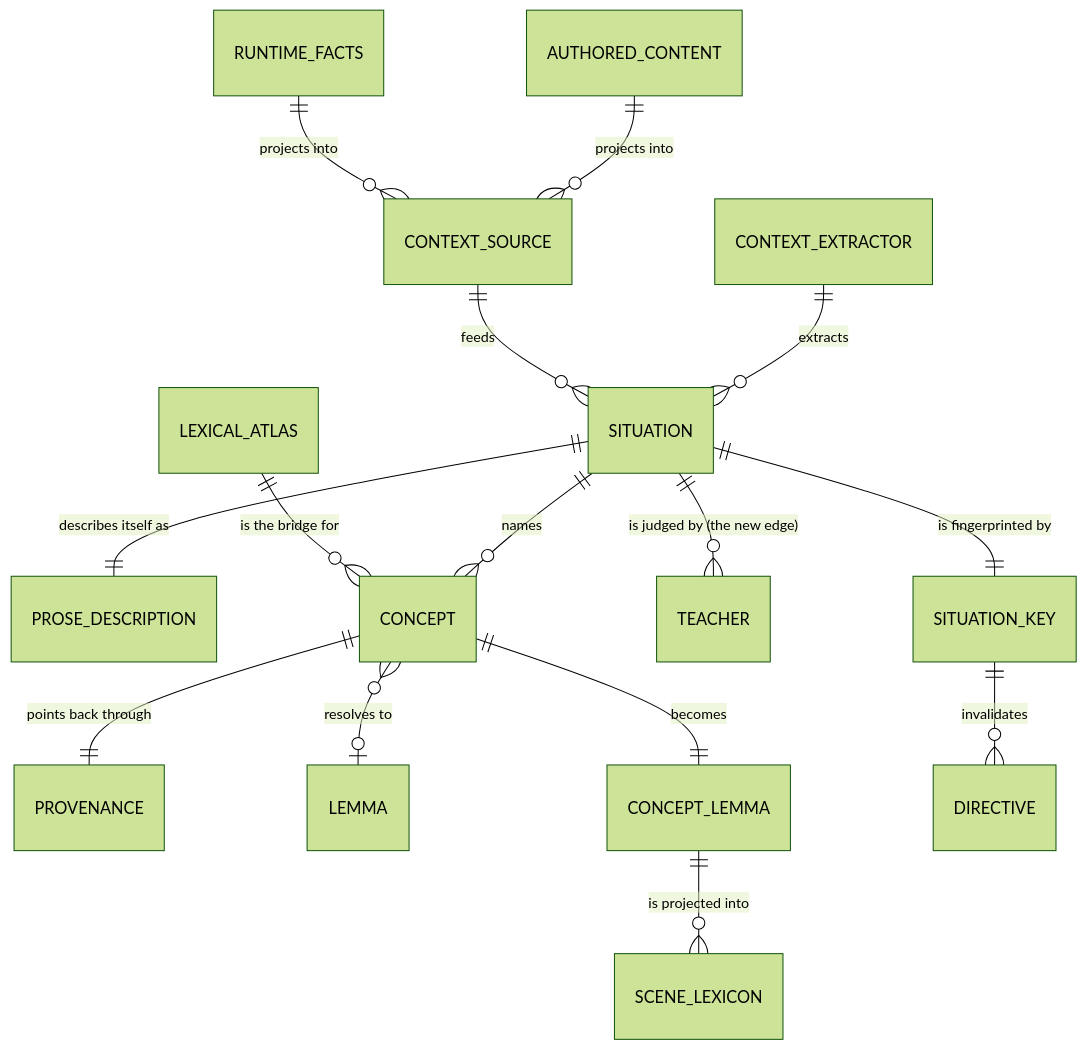
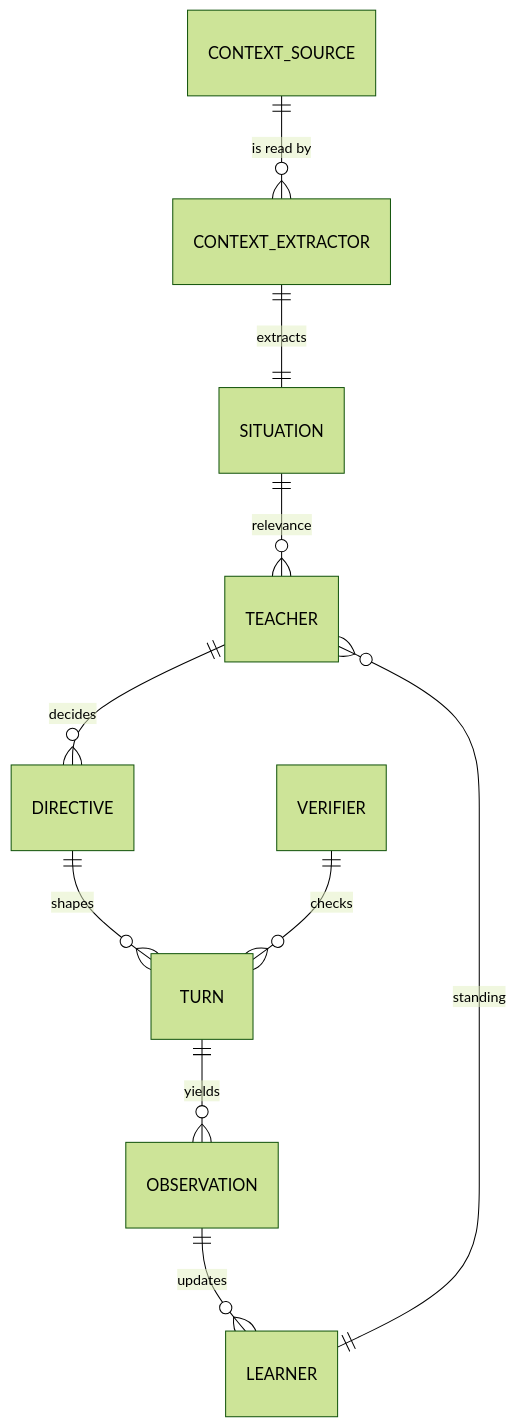
One commit to nikkileaps/sugarmagic changed the first of 3 diagrams in packages/plugins/src/catalog/sugarlang/docs/api/domain-model-after-epic-090.md. Above: the diagram before and after it, drawn with Mermaid (forest theme). The commit also changed other lines of this file, not shown here.

````diff
--- a/packages/plugins/src/catalog/sugarlang/docs/api/domain-model-after-epic-090.md
+++ b/packages/plugins/src/catalog/sugarlang/docs/api/domain-model-after-epic-090.md
@@ -18,20 +17,14 @@
 ```mermaid
 erDiagram
-    AUTHORED_CONTENT ||--o{ CONTEXT_SOURCE : "projects into"
-    RUNTIME_FACTS ||--o{ CONTEXT_SOURCE : "projects into"
-    CONTEXT_EXTRACTOR ||--o{ SITUATION : "extracts"
-    CONTEXT_SOURCE ||--o{ SITUATION : "feeds"
+    CONTEXT_SOURCE ||--o{ CONTEXT_EXTRACTOR : "is read by"
+    CONTEXT_EXTRACTOR ||--|| SITUATION : "extracts"
 
-    SITUATION ||--|| PROSE_DESCRIPTION : "describes itself as"
-    SITUATION ||--o{ CONCEPT : "names"
-    CONCEPT ||--|| PROVENANCE : "points back through"
-    CONCEPT }o--o| LEMMA : "resolves to"
-    LEXICAL_ATLAS ||--o{ CONCEPT : "is the bridge for"
+    SITUATION ||--o{ TEACHER : "relevance"
+    LEARNER ||--o{ TEACHER : "standing"
 
-    CONCEPT_LEMMA ||--o{ SCENE_LEXICON : "is projected into"
-    CONCEPT ||--|| CONCEPT_LEMMA : "becomes"
-
-    SITUATION ||--o{ TEACHER : "is judged by (the new edge)"
-    SITUATION ||--|| SITUATION_KEY : "is fingerprinted by"
-    SITUATION_KEY ||--o{ DIRECTIVE : "invalidates"
+    TEACHER ||--o{ DIRECTIVE : "decides"
+    DIRECTIVE ||--o{ TURN : "shapes"
+    VERIFIER ||--o{ TURN : "checks"
+    TURN ||--o{ OBSERVATION : "yields"
+    OBSERVATION ||--o{ LEARNER : "updates"
 ```
````
